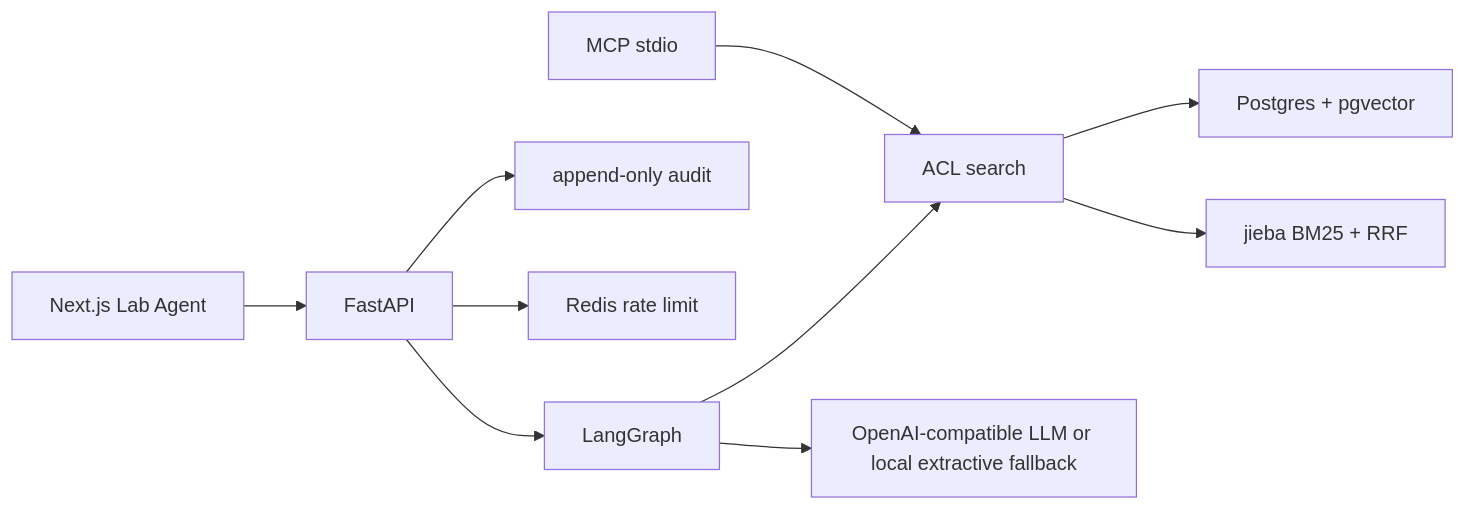
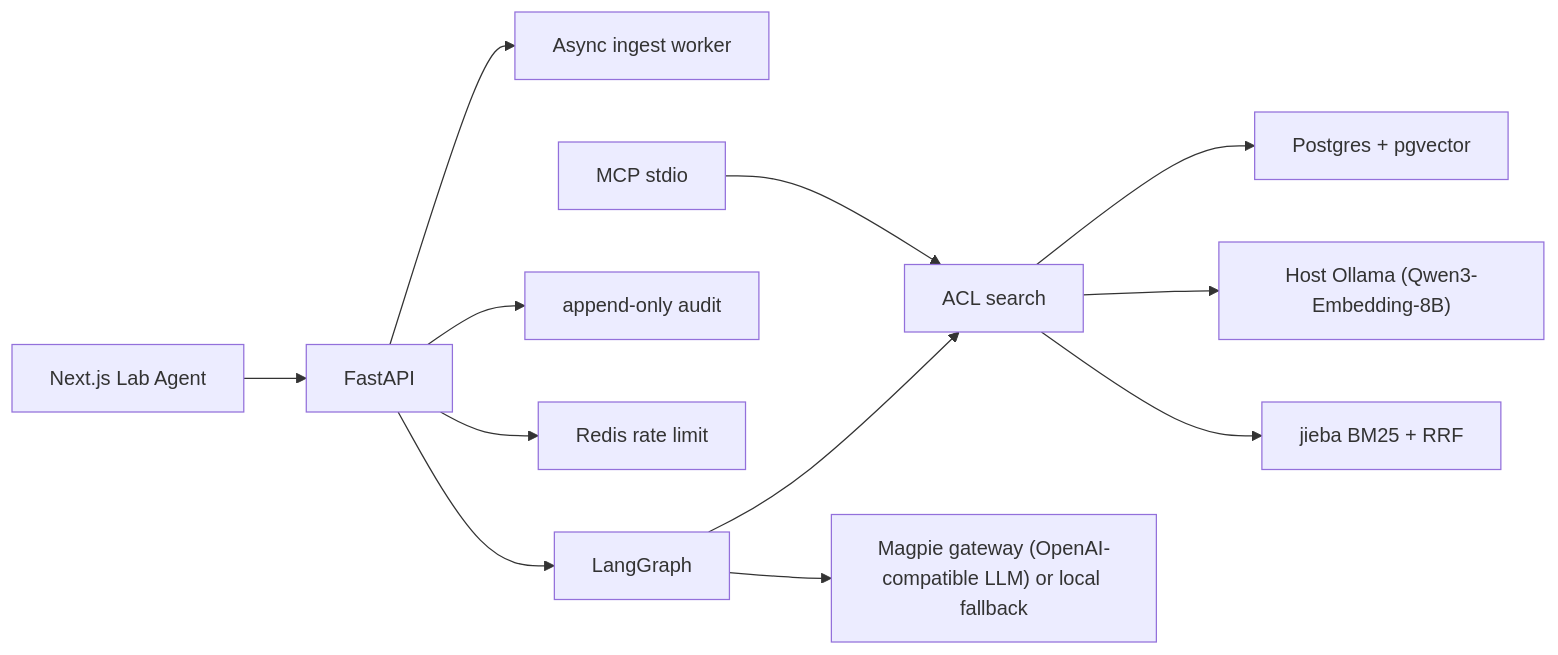
One commit to ZZZZihan/Lab-Agent changed the diagram in README.md. Above: the diagram before and after it, drawn with Mermaid. The commit also changed other lines of this file and 8 other files, not shown here.

Commit message:
Add audit actor names, cursor pagination, demo walkthrough, and MVP architecture docs. (#15)

````diff
--- a/README.md
+++ b/README.md
@@ -76,12 +117,14 @@
 ```mermaid
 flowchart LR
   web["Next.js Lab Agent"] --> api["FastAPI"]
+  api --> worker["Async ingest worker"]
   api --> agent["LangGraph"]
   agent --> retrieve["ACL search"]
   retrieve --> pg["Postgres + pgvector"]
+  retrieve --> ollama["Host Ollama (Qwen3-Embedding-8B)"]
   retrieve --> bm25["jieba BM25 + RRF"]
-  agent --> llm["OpenAI-compatible LLM or local extractive fallback"]
+  agent --> llm["Magpie gateway (OpenAI-compatible LLM) or local fallback"]
   api --> audit["append-only audit"]
   api --> redis["Redis rate limit"]
   mcp["MCP stdio"] --> retrieve
 ```
````
